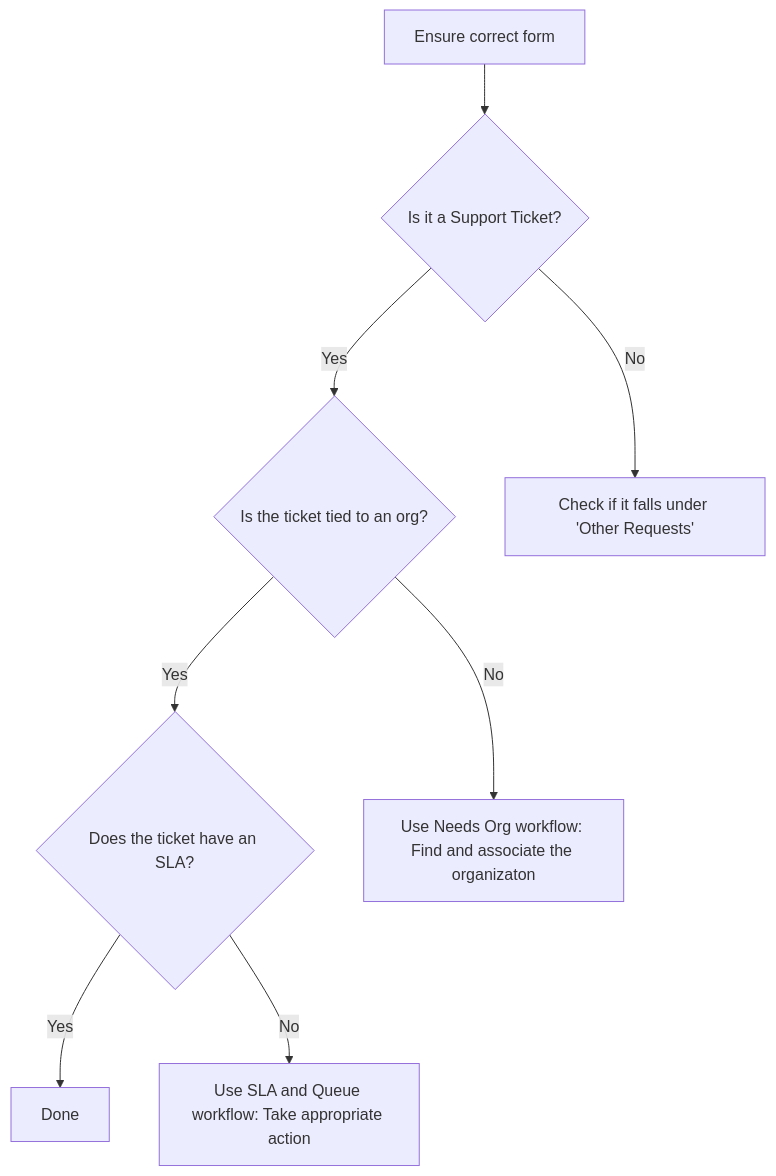
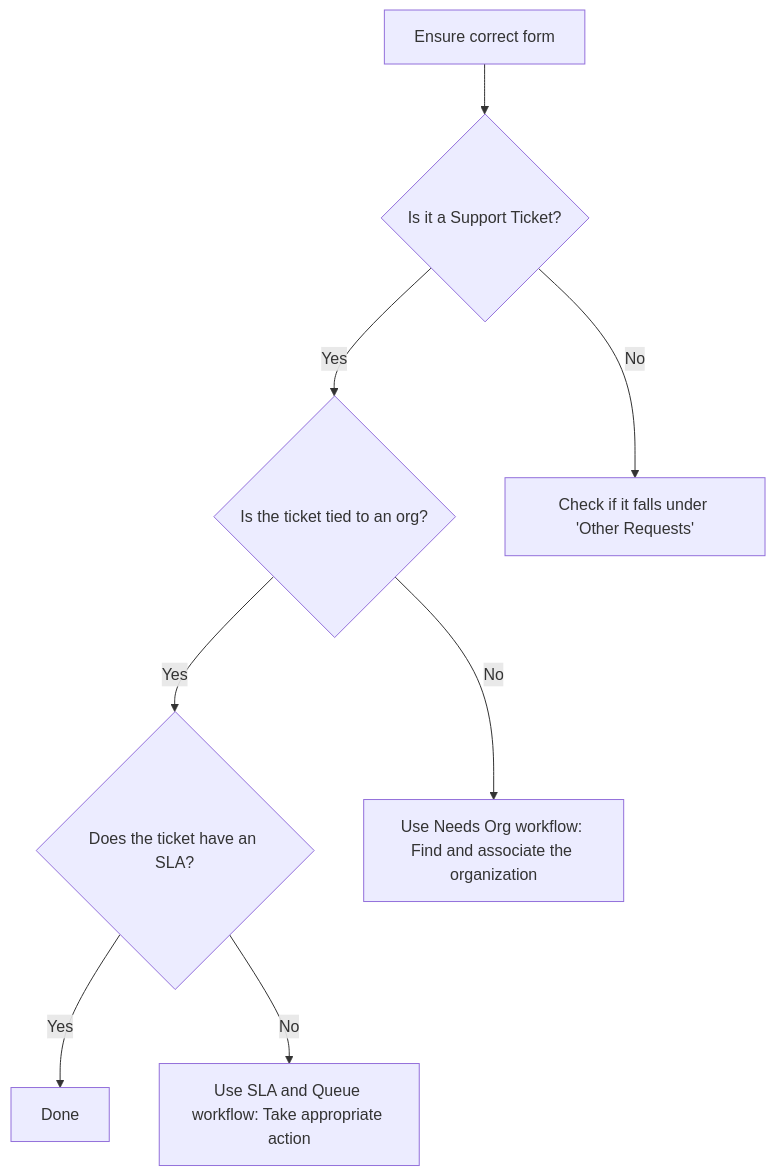
The diagram in support/workflows/ticket_triage.html.md (secretstartups/handbook), drawn with Mermaid before and after one commit. The commit also changed other lines of this file and 7 other files, not shown here.

````diff
--- a/support/workflows/ticket_triage.html.md
+++ b/support/workflows/ticket_triage.html.md
@@ -22,10 +22,10 @@
 ```mermaid
 graph TD
     G[Ensure correct form] --> A{Is it a Support Ticket?}
     A -->|Yes| B{Is the ticket tied to an org?}
     A -->|No| H[Check if it falls under 'Other Requests']
     B -->|Yes| D{Does the ticket have an SLA?}
-    B -->|No| E[Use Needs Org workflow: Find and associate the organizaton]
+    B -->|No| E[Use Needs Org workflow: Find and associate the organization]
     D -->|Yes| C[Done]
     D -->|No| F[Use SLA and Queue workflow: Take appropriate action]
 ```
````
